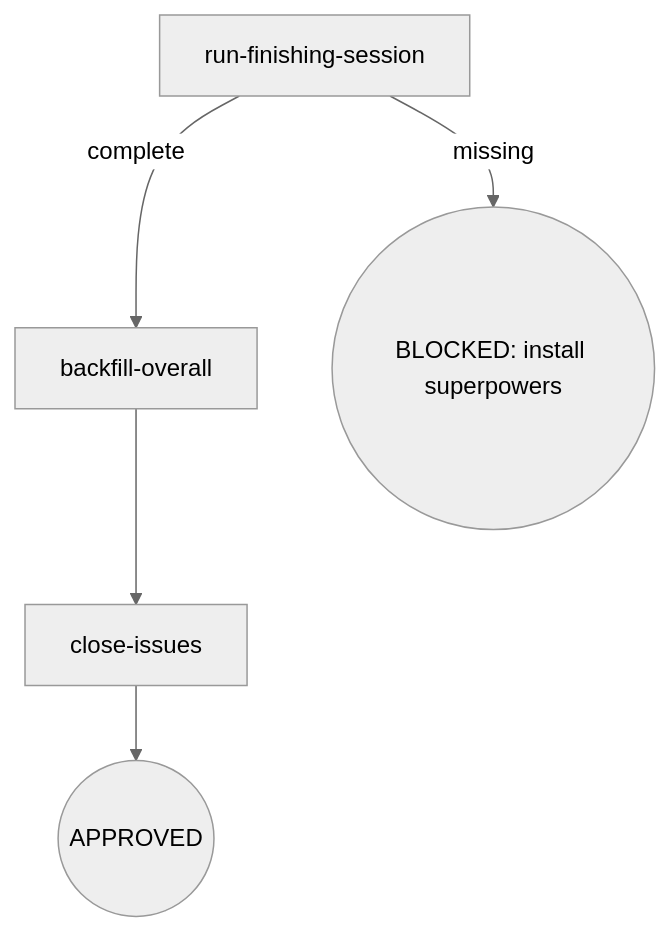
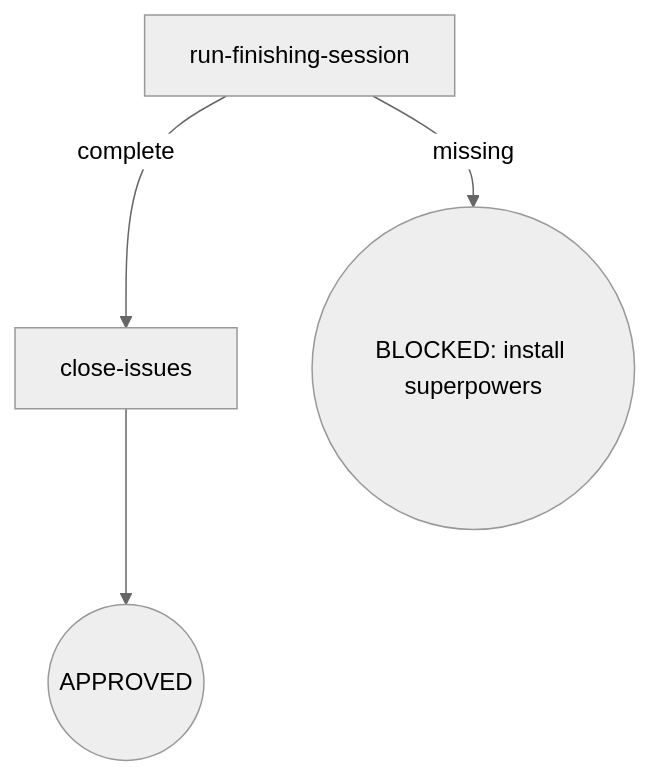
Before and after one commit to Oscaner/skills: the diagram in packages/osuperpowers/skills/finishing/SKILL.md, drawn with Mermaid (neutral theme). The commit also changed other lines of this file, not shown here.

Commit message:
docs(osuperpowers): finishing SKILL.md — backfill-overall 节点移除（回填=branch-review 前置义务，consumer-parity P2 v1.12）；派生产物 emit 重生成

````diff
--- a/packages/osuperpowers/skills/finishing/SKILL.md
+++ b/packages/osuperpowers/skills/finishing/SKILL.md
@@ -12,7 +14,6 @@
 ```mermaid
 flowchart TD
-  A[run-finishing-session] -->|complete| B[backfill-overall]
+  A[run-finishing-session] -->|complete| C[close-issues]
   A -->|missing| Z1((BLOCKED: install superpowers))
-  B --> C[close-issues]
   C --> K((APPROVED))
 ```
````
